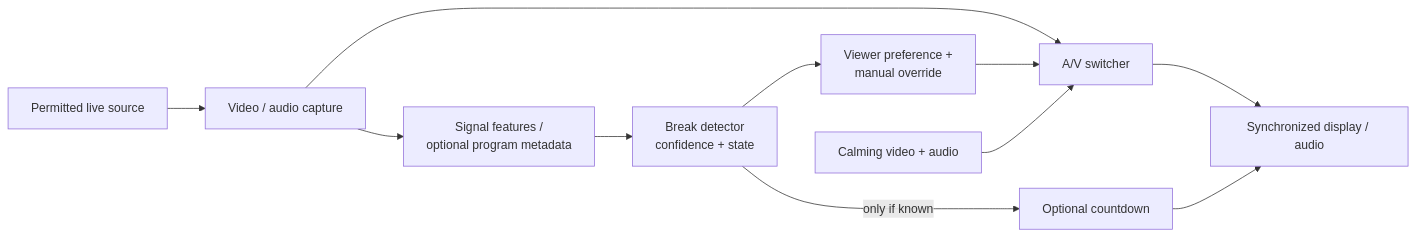
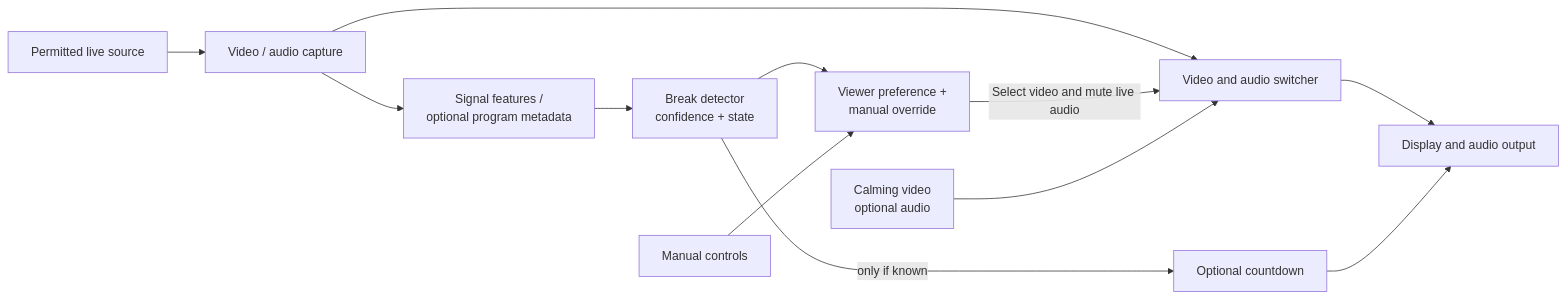
One commit to bryanspms/HappySpace changed the third of 3 diagrams in README.md. Above: the diagram before and after it, drawn with Mermaid. The commit also changed other lines of this file, not shown here.

Commit message:
Update README.md to enhance materials section with a table format and clarify video source options

````diff
--- a/README.md
+++ b/README.md
@@ -479,13 +495,14 @@
 ```mermaid
 flowchart LR
     source["Permitted live source"] --> capture["Video / audio capture"]
     capture --> features["Signal features /<br/>optional program metadata"]
     features --> detection["Break detector<br/>confidence + state"]
-    capture --> switcher["A/V switcher"]
+    capture --> switcher["Video and audio switcher"]
     detection --> policy["Viewer preference +<br/>manual override"]
-    policy --> switcher
-    loops["Calming video + audio"] --> switcher
-    switcher --> output["Synchronized display / audio"]
+    manual["Manual controls"] --> policy
+    policy -->|Select video and mute live audio| switcher
+    loops["Calming video<br/>optional audio"] --> switcher
+    switcher --> output["Display and audio output"]
     detection -->|only if known| timer["Optional countdown"]
     timer --> output
 ```
````
